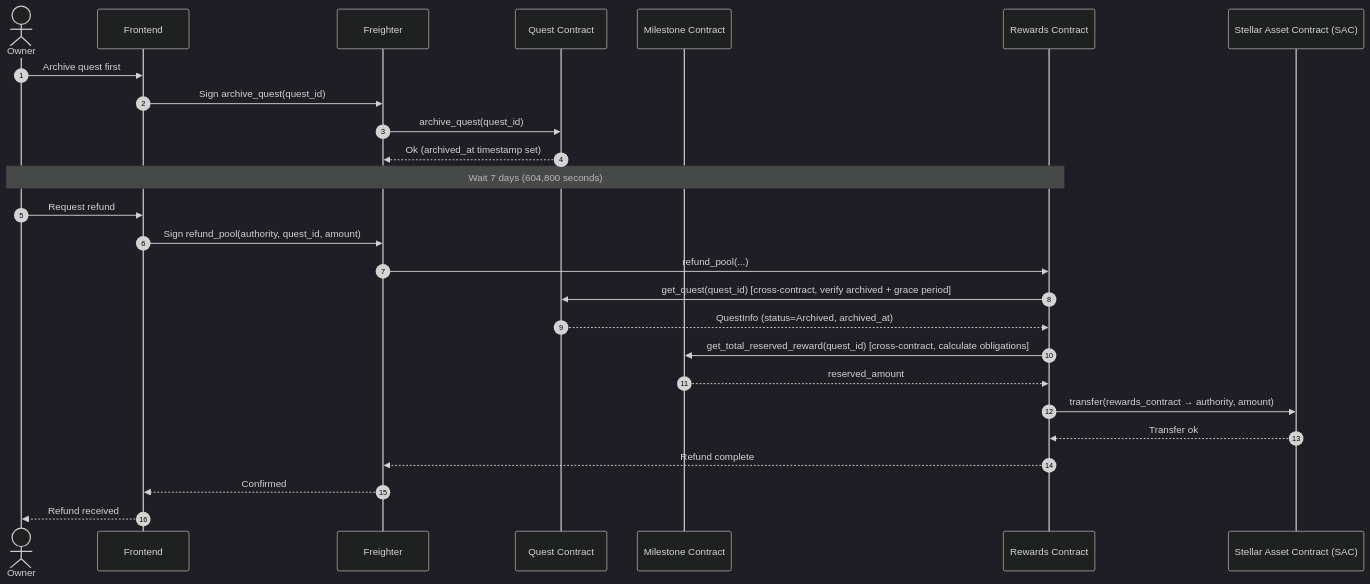
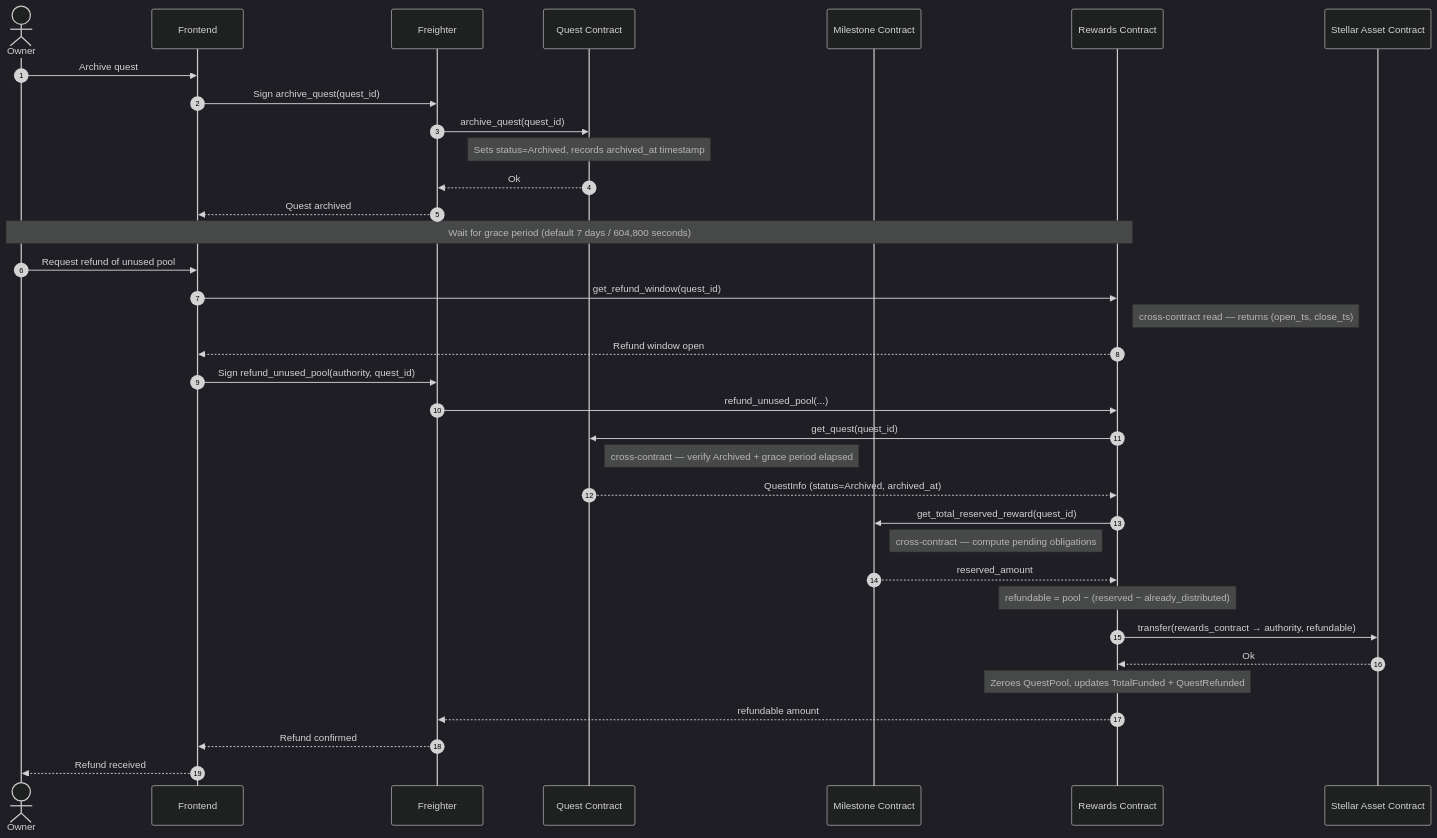
The seventh of 7 diagrams in docs/ARCHITECTURE.md (lernza/lernza), drawn with Mermaid (dark theme) before and after one commit. The commit also changed other lines of this file and 9 other files, not shown here.

````diff
--- a/docs/ARCHITECTURE.md
+++ b/docs/ARCHITECTURE.md
@@ -264,31 +341,46 @@
 ```mermaid
 sequenceDiagram
     autonumber
     actor Owner
     participant FE as Frontend
     participant Wallet as Freighter
     participant Quest as Quest Contract
     participant Milestone as Milestone Contract
     participant Rewards as Rewards Contract
-    participant Token as Stellar Asset Contract (SAC)
+    participant SAC as Stellar Asset Contract
 
-    Owner->>FE: Archive quest first
+    Owner->>FE: Archive quest
     FE->>Wallet: Sign archive_quest(quest_id)
     Wallet->>Quest: archive_quest(quest_id)
-    Quest-->>Wallet: Ok (archived_at timestamp set)
+    Note over Quest: Sets status=Archived, records archived_at timestamp
+    Quest-->>Wallet: Ok
+    Wallet-->>FE: Quest archived
 
-    Note over Owner,Rewards: Wait 7 days (604,800 seconds)
+    Note over Owner,Rewards: Wait for grace period (default 7 days / 604,800 seconds)
 
-    Owner->>FE: Request refund
-    FE->>Wallet: Sign refund_pool(authority, quest_id, amount)
-    Wallet->>Rewards: refund_pool(...)
-    Rewards->>Quest: get_quest(quest_id) [cross-contract, verify archived + grace period]
+    Owner->>FE: Request refund of unused pool
+    FE->>Rewards: get_refund_window(quest_id)
+    Note right of Rewards: cross-contract read — returns (open_ts, close_ts)
+    Rewards-->>FE: Refund window open
+
+    FE->>Wallet: Sign refund_unused_pool(authority, quest_id)
+    Wallet->>Rewards: refund_unused_pool(...)
+
+    Rewards->>Quest: get_quest(quest_id)
+    Note right of Quest: cross-contract — verify Archived + grace period elapsed
     Quest-->>Rewards: QuestInfo (status=Archived, archived_at)
-    Rewards->>Milestone: get_total_reserved_reward(quest_id) [cross-contract, calculate obligations]
+
+    Rewards->>Milestone: get_total_reserved_reward(quest_id)
+    Note right of Milestone: cross-contract — compute pending obligations
     Milestone-->>Rewards: reserved_amount
-    Rewards->>Token: transfer(rewards_contract → authority, amount)
-    Token-->>Rewards: Transfer ok
-    Rewards-->>Wallet: Refund complete
-    Wallet-->>FE: Confirmed
+
+    Note over Rewards: refundable = pool − (reserved − already_distributed)
+
+    Rewards->>SAC: transfer(rewards_contract → authority, refundable)
+    SAC-->>Rewards: Ok
+    Note over Rewards: Zeroes QuestPool, updates TotalFunded + QuestRefunded
+
+    Rewards-->>Wallet: refundable amount
+    Wallet-->>FE: Refund confirmed
     FE-->>Owner: Refund received
 ```
````
